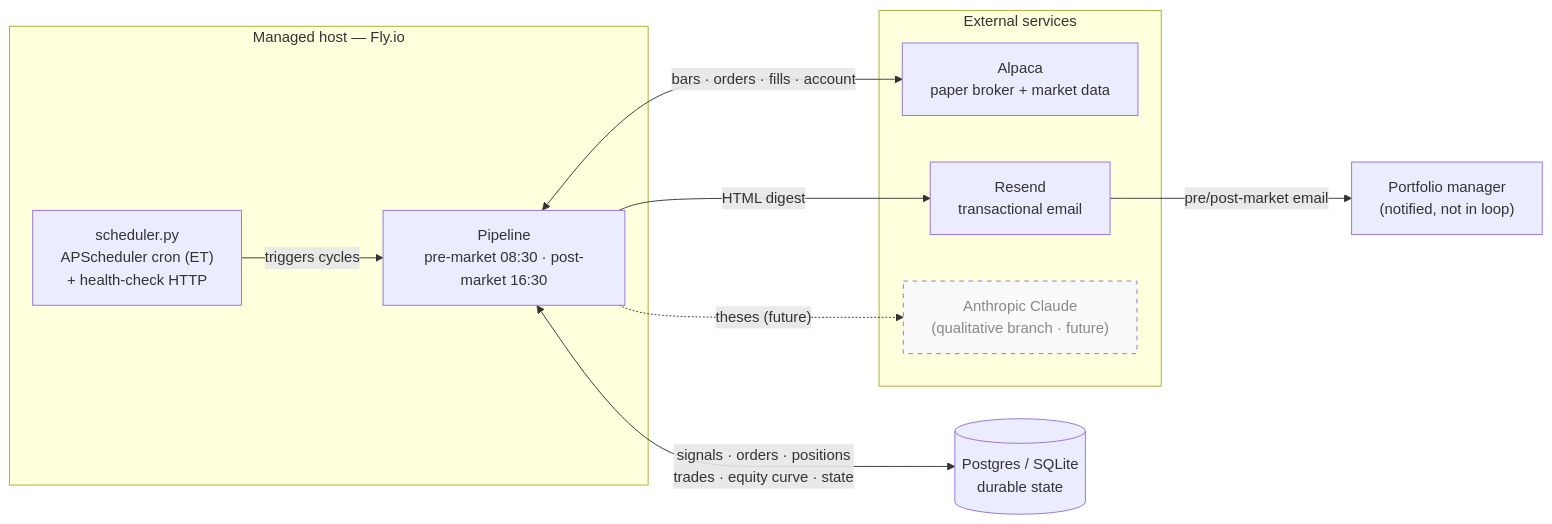
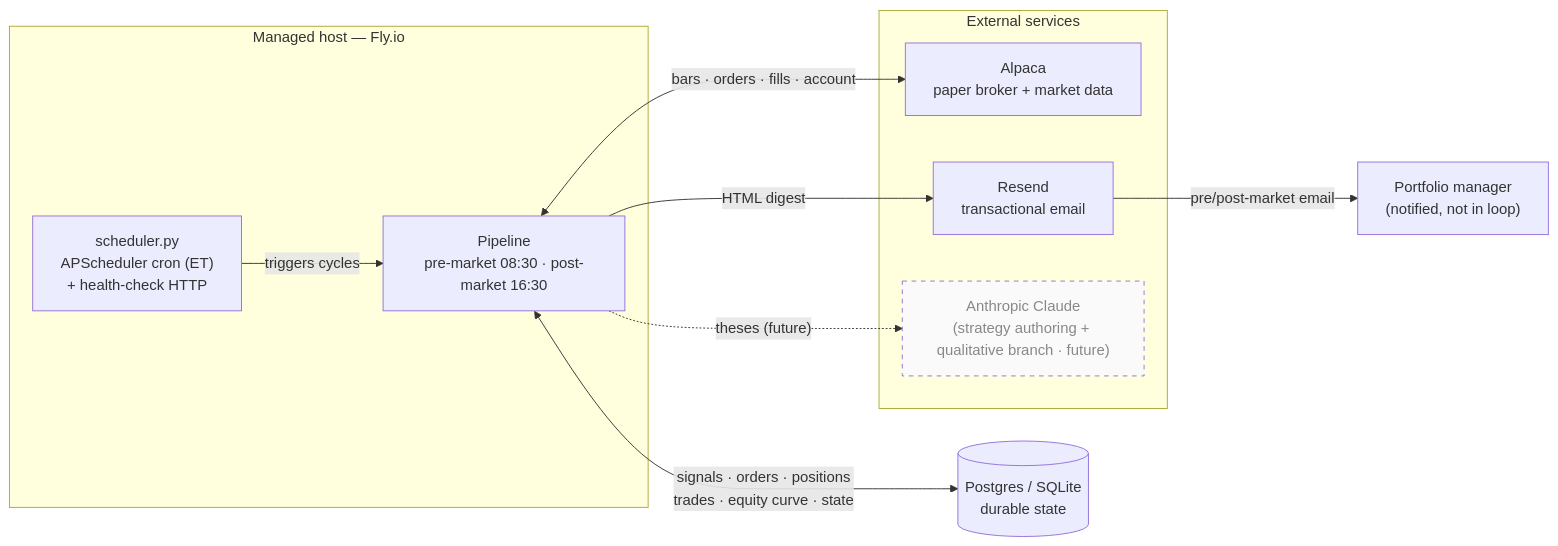
One commit to artvandalay404/hedgefund changed the first of 4 diagrams in docs/architecture.md. Above: the diagram before and after it, drawn with Mermaid. The commit also changed other lines of this file and 3 other files, not shown here.

````diff
--- a/docs/architecture.md
+++ b/docs/architecture.md
@@ -21,25 +21,25 @@
 ```mermaid
 flowchart LR
     subgraph host["Managed host — Fly.io"]
         sched["scheduler.py<br/>APScheduler cron (ET)<br/>+ health-check HTTP"]
         pipe["Pipeline<br/>pre-market 08:30 · post-market 16:30"]
         sched -->|triggers cycles| pipe
     end
 
     subgraph ext["External services"]
         alpaca["Alpaca<br/>paper broker + market data"]
         resend["Resend<br/>transactional email"]
-        claude["Anthropic Claude<br/>(qualitative branch · future)"]
+        claude["Anthropic Claude<br/>(strategy authoring + qualitative branch · future)"]
     end
 
     db[("Postgres / SQLite<br/>durable state")]
 
     pipe <-->|"bars · orders · fills · account"| alpaca
     pipe -->|"HTML digest"| resend
     pipe <-->|"signals · orders · positions<br/>trades · equity curve · state"| db
     pipe -.->|"theses (future)"| claude
     resend -->|"pre/post-market email"| pm["Portfolio manager<br/>(notified, not in loop)"]
 
     classDef future stroke-dasharray:5 5,fill:#fafafa,color:#888;
     class claude future;
 ```
````
